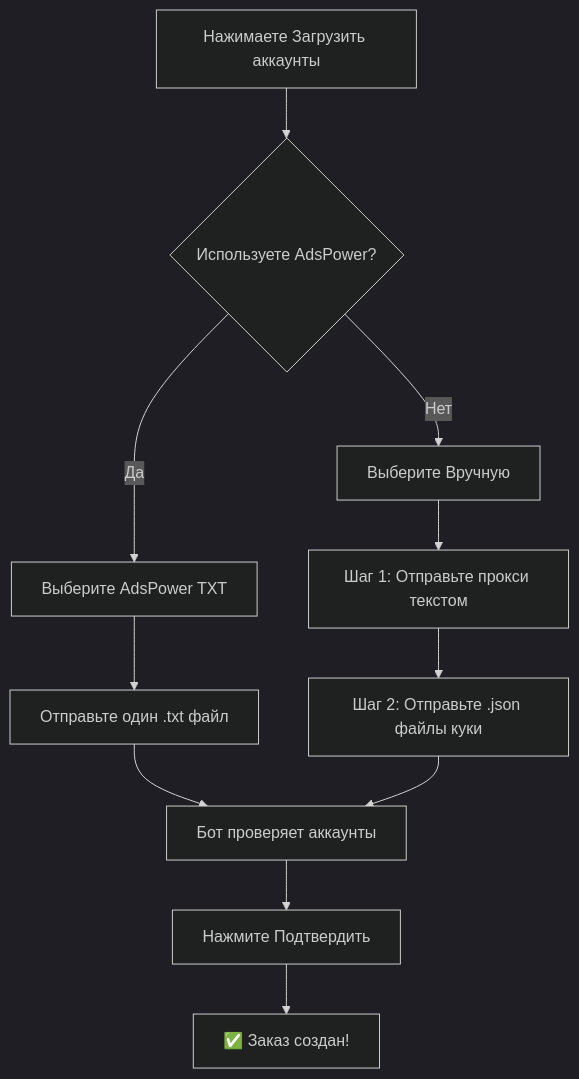
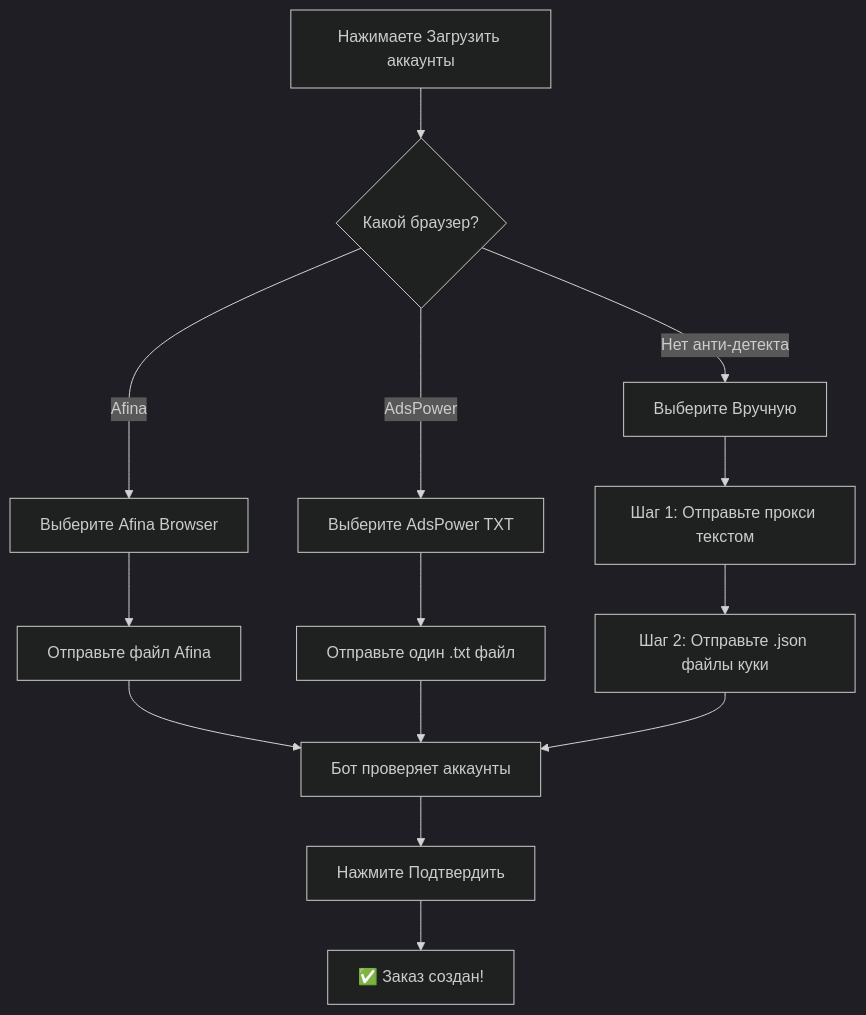
One commit to AutoPilotSoftware/docs changed the diagram in src/content/docs/kyc/nvs-faq.md. Above: the diagram before and after it, drawn with Mermaid (dark theme). The commit also changed other lines of this file and 9 other files, not shown here.

````diff
--- a/src/content/docs/kyc/nvs-faq.md
+++ b/src/content/docs/kyc/nvs-faq.md
@@ -86,13 +103,16 @@
 ```mermaid
 flowchart TD
-    A[Нажимаете Загрузить аккаунты] --> B{Используете AdsPower?}
-    B -->|Да| C[Выберите AdsPower TXT]
-    B -->|Нет| D[Выберите Вручную]
+    A[Нажимаете Загрузить аккаунты] --> B{Какой браузер?}
+    B -->|Afina| C0[Выберите Afina Browser]
+    B -->|AdsPower| C[Выберите AdsPower TXT]
+    B -->|Нет анти-детекта| D[Выберите Вручную]
+    C0 --> E0[Отправьте файл Afina]
     C --> E[Отправьте один .txt файл]
     D --> F[Шаг 1: Отправьте прокси текстом]
     F --> G[Шаг 2: Отправьте .json файлы куки]
-    E --> H[Бот проверяет аккаунты]
+    E0 --> H[Бот проверяет аккаунты]
+    E --> H
     G --> H
     H --> I[Нажмите Подтвердить]
     I --> J[✅ Заказ создан!]
 ```
````
